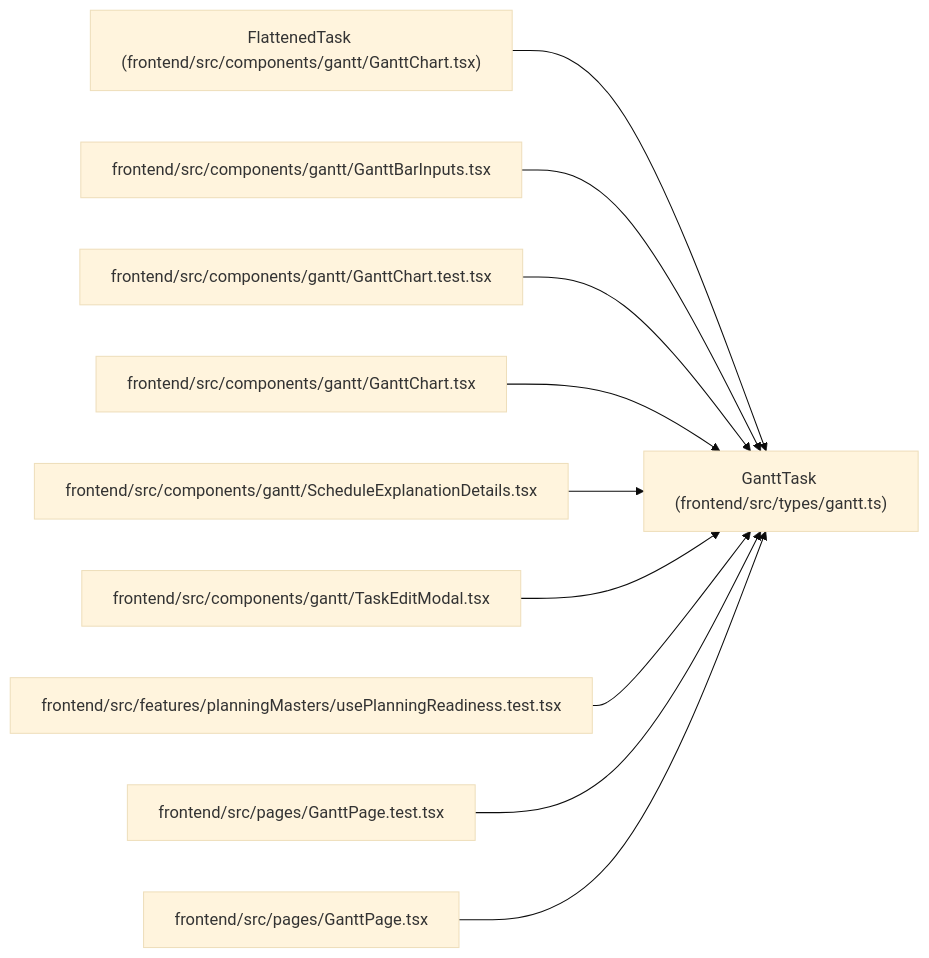
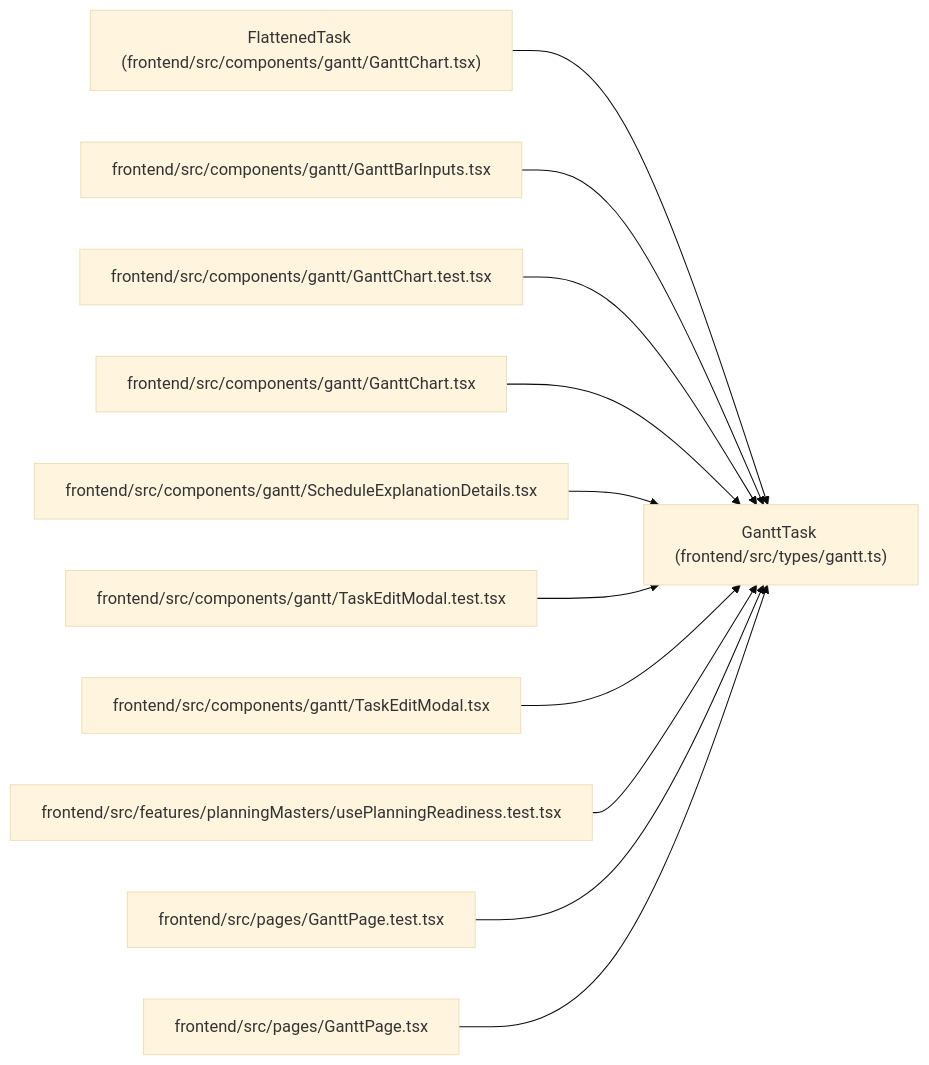
The diagram in docs/llm_wiki/entities/types_gantt_GanttTask.md (Denissvgn/WorkChord), drawn with Mermaid (base theme) before and after one commit. The commit also changed other lines of this file and 729 other files, not shown here.

````diff
--- a/docs/llm_wiki/entities/types_gantt_GanttTask.md
+++ b/docs/llm_wiki/entities/types_gantt_GanttTask.md
@@ -57,32 +57,35 @@
 ```mermaid
 flowchart LR
     n0["GanttTask (frontend/src/types/gantt.ts)"]
     n1["FlattenedTask (frontend/src/components/gantt/GanttChart.tsx)"]
     n2["frontend/src/components/gantt/GanttBarInputs.tsx"]
     n3["frontend/src/components/gantt/GanttChart.test.tsx"]
     n4["frontend/src/components/gantt/GanttChart.tsx"]
     n5["frontend/src/components/gantt/ScheduleExplanationDetails.tsx"]
-    n6["frontend/src/components/gantt/TaskEditModal.tsx"]
-    n7["frontend/src/features/planningMasters/usePlanningReadiness.test.tsx"]
-    n8["frontend/src/pages/GanttPage.test.tsx"]
-    n9["frontend/src/pages/GanttPage.tsx"]
+    n6["frontend/src/components/gantt/TaskEditModal.test.tsx"]
+    n7["frontend/src/components/gantt/TaskEditModal.tsx"]
+    n8["frontend/src/features/planningMasters/usePlanningReadiness.test.tsx"]
+    n9["frontend/src/pages/GanttPage.test.tsx"]
+    n10["frontend/src/pages/GanttPage.tsx"]
     n1 --> n0
     n2 --> n0
     n3 --> n0
     n4 --> n0
     n5 --> n0
     n6 --> n0
     n7 --> n0
     n8 --> n0
     n9 --> n0
+    n10 --> n0
     click n0 "../modules/types_gantt.md"
     click n1 "../modules/GanttChart.md"
     click n2 "../modules/GanttBarInputs.md"
     click n3 "../modules/GanttChart.test.md"
     click n4 "../modules/GanttChart.md"
     click n5 "../modules/ScheduleExplanationDetails.md"
-    click n6 "../modules/TaskEditModal.md"
-    click n7 "../modules/usePlanningReadiness.test.md"
-    click n8 "../modules/GanttPage.test.md"
-    click n9 "../modules/GanttPage.md"
+    click n6 "../modules/TaskEditModal.test.md"
+    click n7 "../modules/TaskEditModal.md"
+    click n8 "../modules/usePlanningReadiness.test.md"
+    click n9 "../modules/GanttPage.test.md"
+    click n10 "../modules/GanttPage.md"
 ```
````
